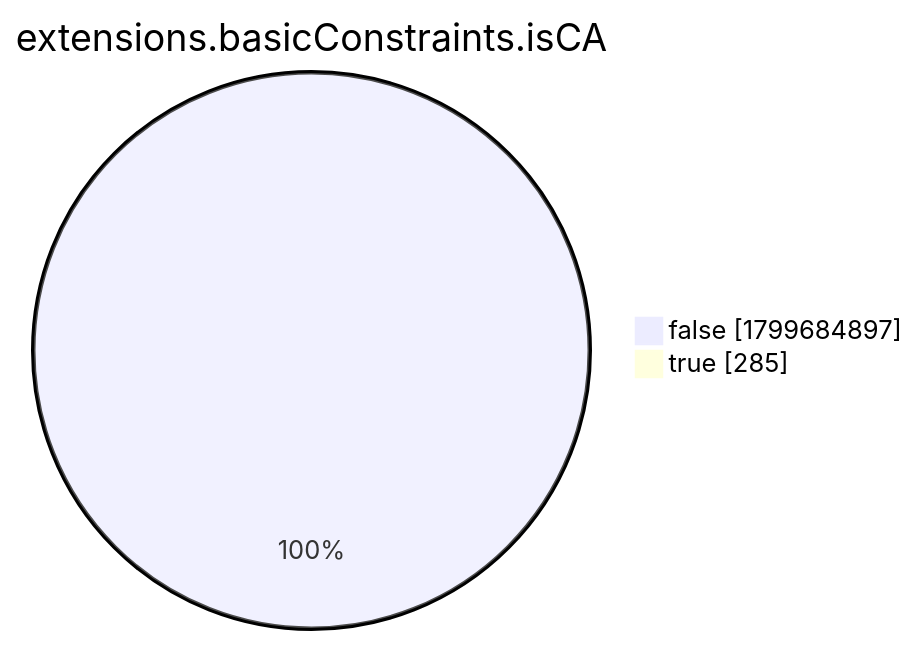
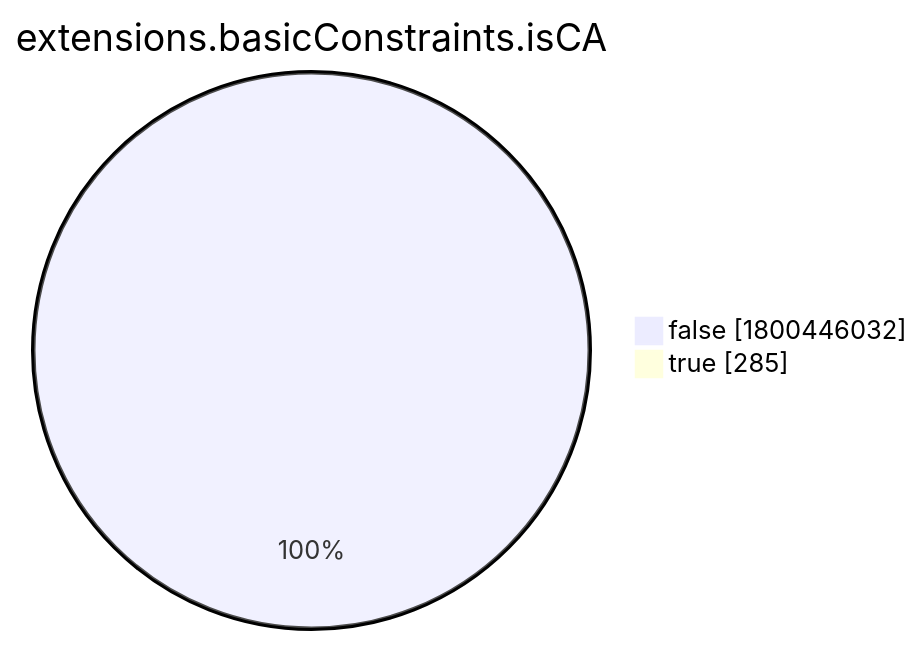
Before and after one commit to christiankrug/ctmonitor_visualization: the eighth of 15 diagrams in xenon2022/README.md, drawn with Mermaid. The commit also changed other lines of this file, not shown here.

````diff
--- a/xenon2022/README.md
+++ b/xenon2022/README.md
@@ -2868,6 +2868,6 @@
 ```mermaid
 pie showData
 title extensions.basicConstraints.isCA
-"false" :1799684897
+"false" :1800446032
 "true" :285
 ```
````
